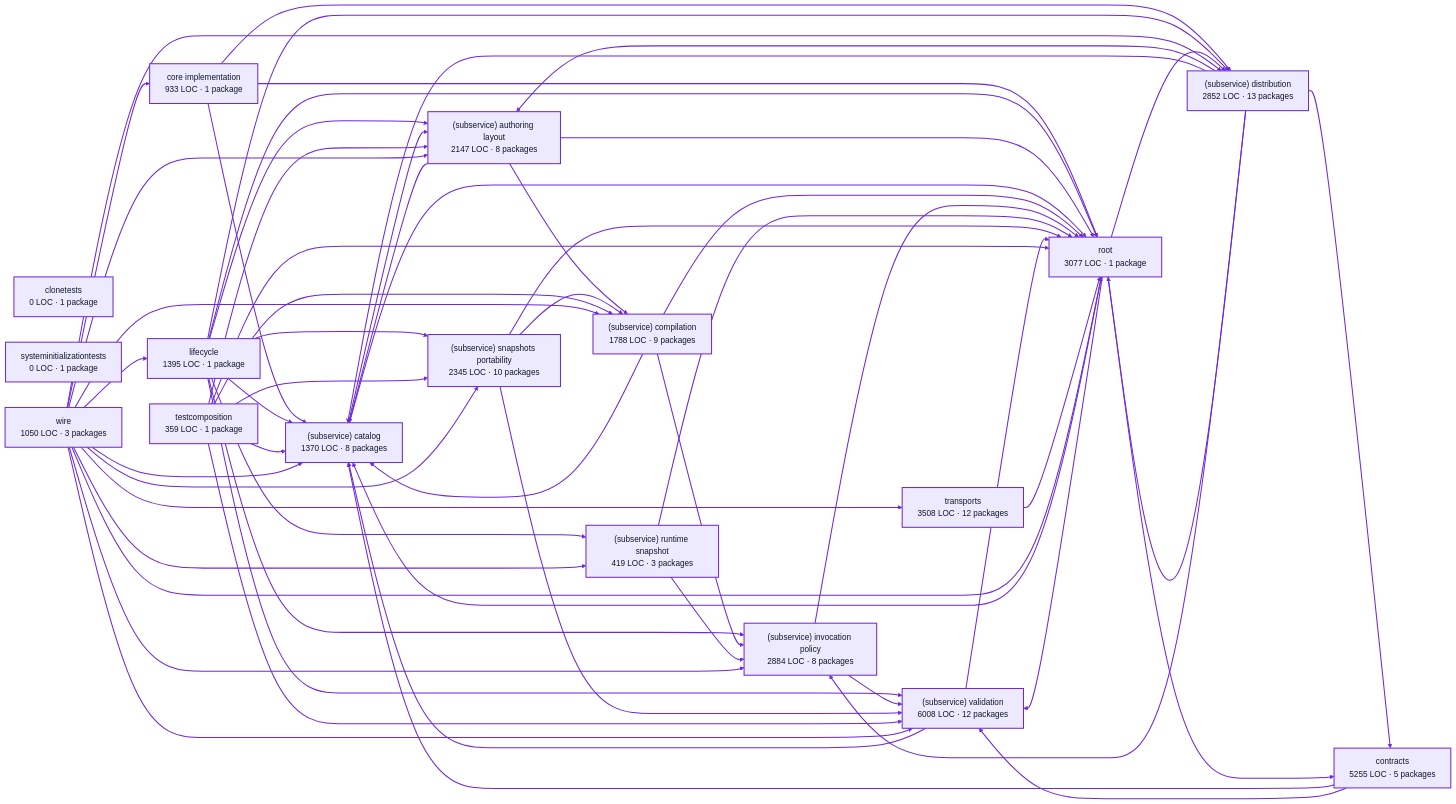
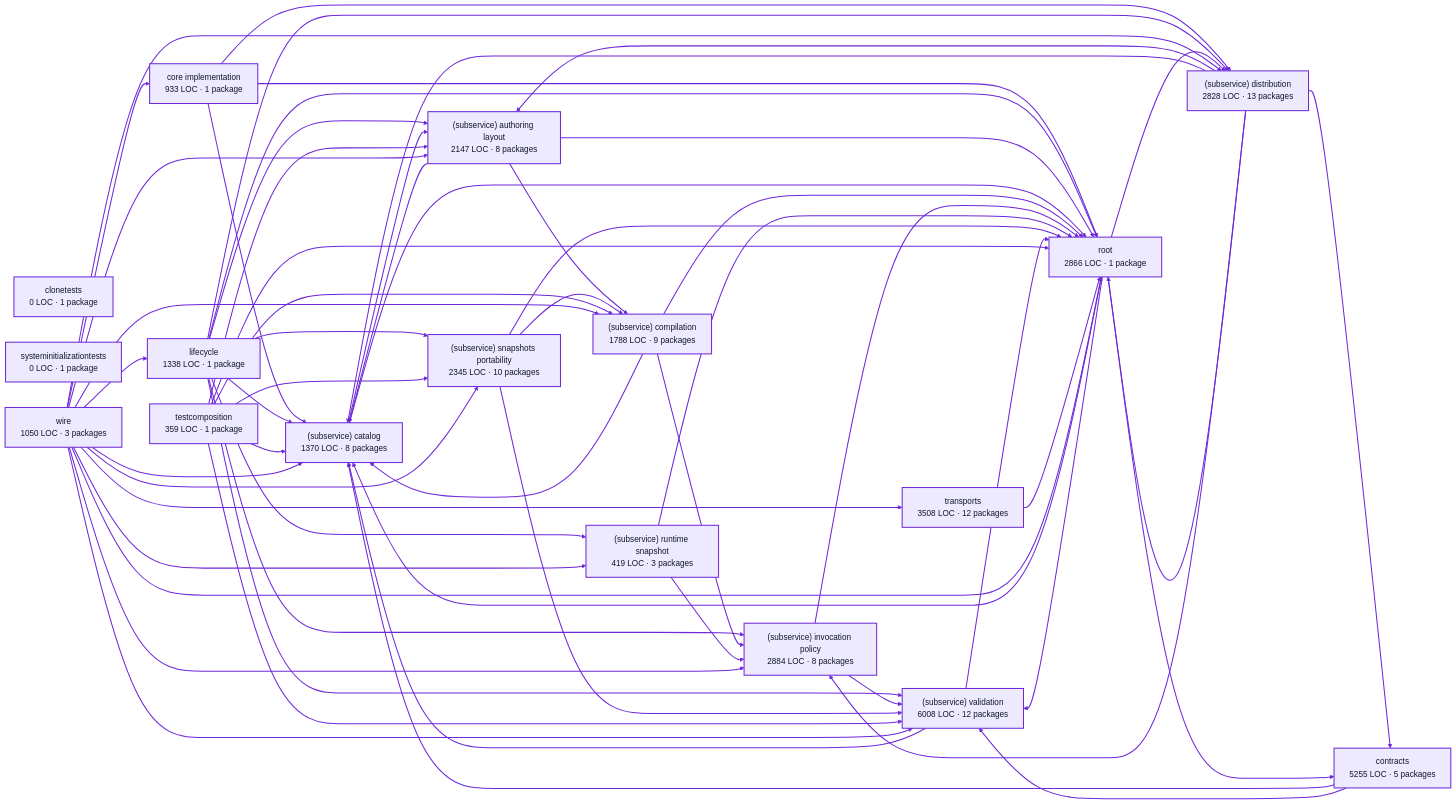
The diagram in docs/architecture/visualizations/services/factory_definitions.md (portpowered/you-agent-factory), drawn with Mermaid before and after one commit. The commit also changed other lines of this file and 20 other files, not shown here.

Commit message:
docs: refresh backend architecture visualizations

```diff
--- a/docs/architecture/visualizations/services/factory_definitions.md
+++ b/docs/architecture/visualizations/services/factory_definitions.md
@@ -13,17 +13,17 @@
   p0["clonetests<br/>0 LOC · 1 package"]
   p1["core implementation<br/>933 LOC · 1 package"]
   p2["contracts<br/>5255 LOC · 5 packages"]
-  p3["lifecycle<br/>1395 LOC · 1 package"]
+  p3["lifecycle<br/>1338 LOC · 1 package"]
   p4["(subservice) authoring layout<br/>2147 LOC · 8 packages"]
   p5["(subservice) catalog<br/>1370 LOC · 8 packages"]
   p6["(subservice) compilation<br/>1788 LOC · 9 packages"]
-  p7["(subservice) distribution<br/>2852 LOC · 13 packages"]
+  p7["(subservice) distribution<br/>2828 LOC · 13 packages"]
   p8["(subservice) invocation policy<br/>2884 LOC · 8 packages"]
   p9["(subservice) runtime snapshot<br/>419 LOC · 3 packages"]
   p10["(subservice) snapshots portability<br/>2345 LOC · 10 packages"]
   p11["(subservice) validation<br/>6008 LOC · 12 packages"]
   p12["testcomposition<br/>359 LOC · 1 package"]
-  p13["root<br/>3077 LOC · 1 package"]
+  p13["root<br/>2866 LOC · 1 package"]
   p14["systeminitializationtests<br/>0 LOC · 1 package"]
   p15["transports<br/>3508 LOC · 12 packages"]
   p16["wire<br/>1050 LOC · 3 packages"]
```
